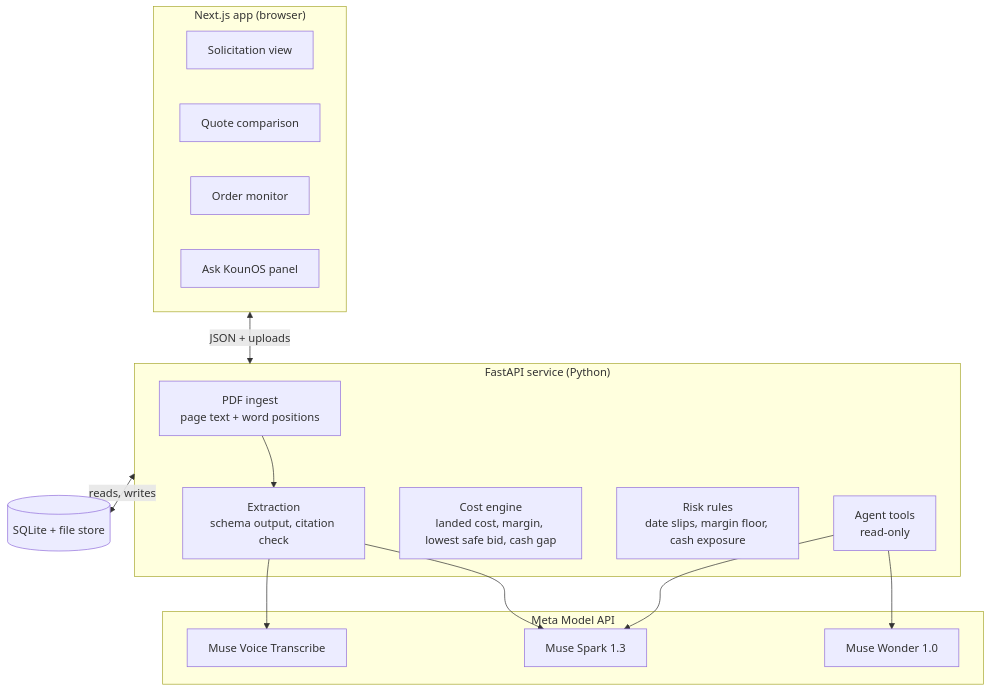
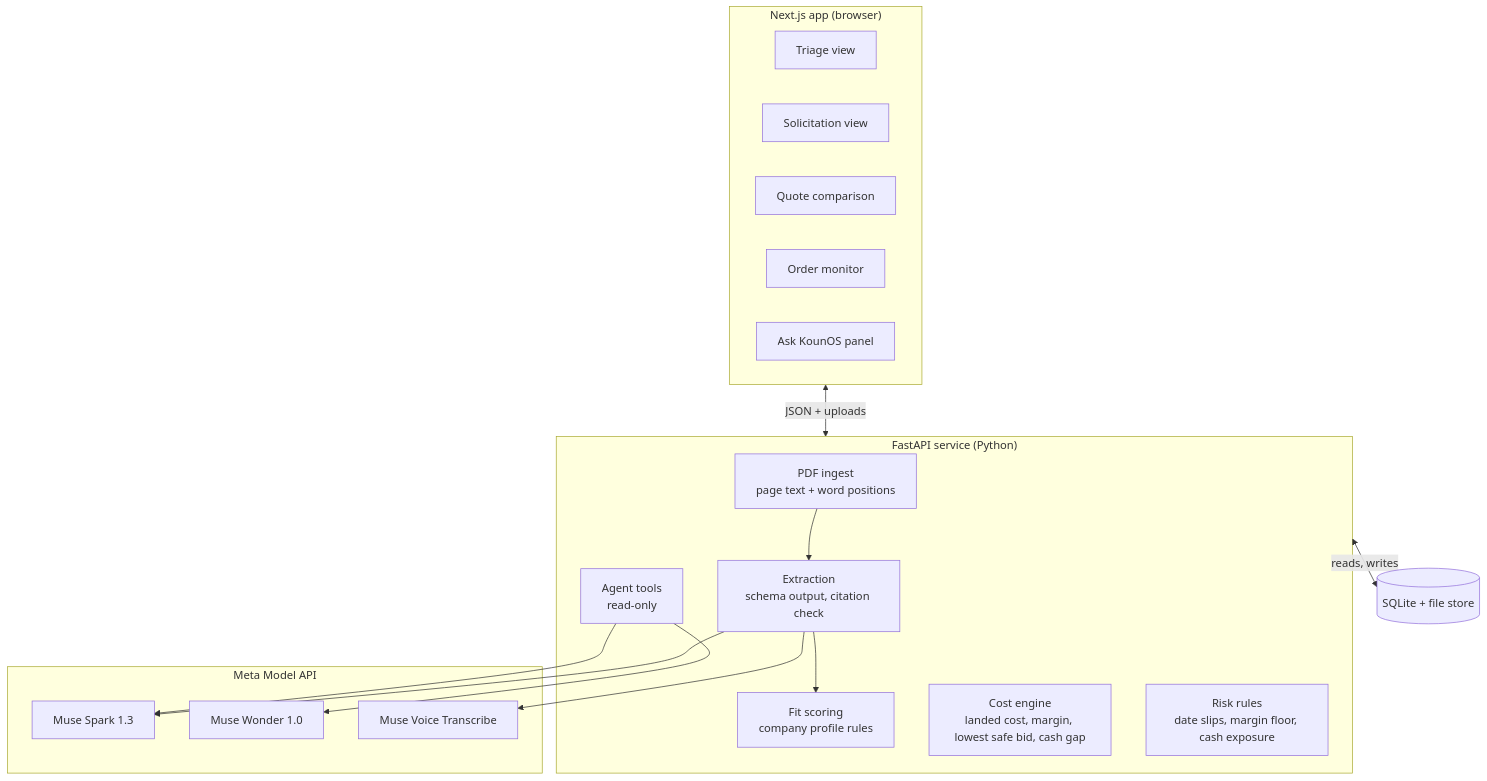
One commit to RzanderR/KounOS changed the diagram in README.md. Above: the diagram before and after it, drawn with Mermaid. The commit also changed other lines of this file and 3 other files, not shown here.

````diff
--- a/README.md
+++ b/README.md
@@ -108,29 +122,32 @@
 ```mermaid
 flowchart TB
   subgraph WEB["Next.js app (browser)"]
+    G["Triage view"]
     S["Solicitation view"]
     Q["Quote comparison"]
     O["Order monitor"]
     A["Ask KounOS panel"]
   end
   subgraph API["FastAPI service (Python)"]
     I["PDF ingest<br/>page text + word positions"]
     X["Extraction<br/>schema output, citation check"]
+    F["Fit scoring<br/>company profile rules"]
     C["Cost engine<br/>landed cost, margin, lowest safe bid, cash gap"]
     R["Risk rules<br/>date slips, margin floor, cash exposure"]
     T["Agent tools<br/>read-only"]
   end
   DB[("SQLite + file store")]
   subgraph META["Meta Model API"]
     MS["Muse Spark 1.3"]
     MW["Muse Wonder 1.0"]
     MV["Muse Voice Transcribe"]
   end
   WEB <-->|"JSON + uploads"| API
   API <-->|"reads, writes"| DB
   I --> X
+  X --> F
   X --> MS
   X --> MV
   T --> MW
   T --> MS
 ```
````
